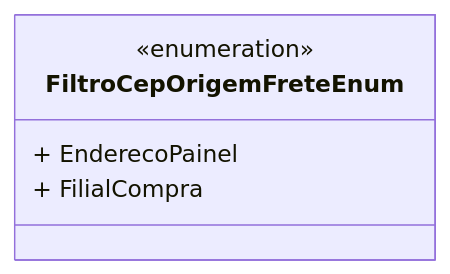
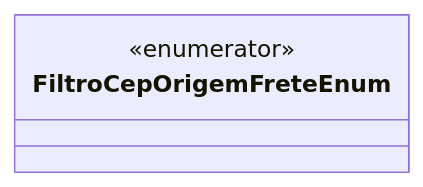
One commit to IsthmusSistemas/documentacao-tecnica changed the diagram in docs/b2b-dominio/IsthmusWinthor.Nucleo/IsthmusWinthor.Dominio/Enumeradores/FiltroCepOrigemFreteEnum.md. Above: the diagram before and after it, drawn with Mermaid. The commit also changed other lines of this file and 882 other files, not shown here.

````diff
--- a/docs/b2b-dominio/IsthmusWinthor.Nucleo/IsthmusWinthor.Dominio/Enumeradores/FiltroCepOrigemFreteEnum.md
+++ b/docs/b2b-dominio/IsthmusWinthor.Nucleo/IsthmusWinthor.Dominio/Enumeradores/FiltroCepOrigemFreteEnum.md
@@ -14,8 +12,6 @@
 ```mermaid
 classDiagram
     class FiltroCepOrigemFreteEnum {
-        <<enumeration>>
-        + EnderecoPainel
-        + FilialCompra
+        <<enumerator>>
     }
 ```
````
